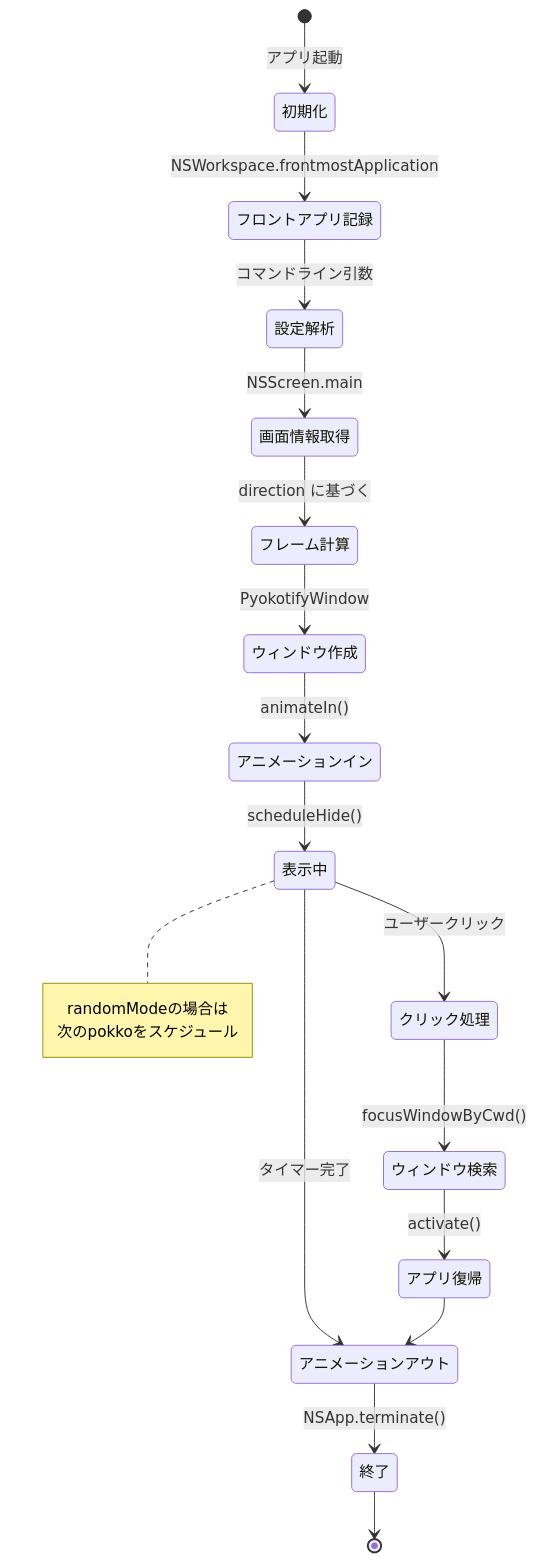
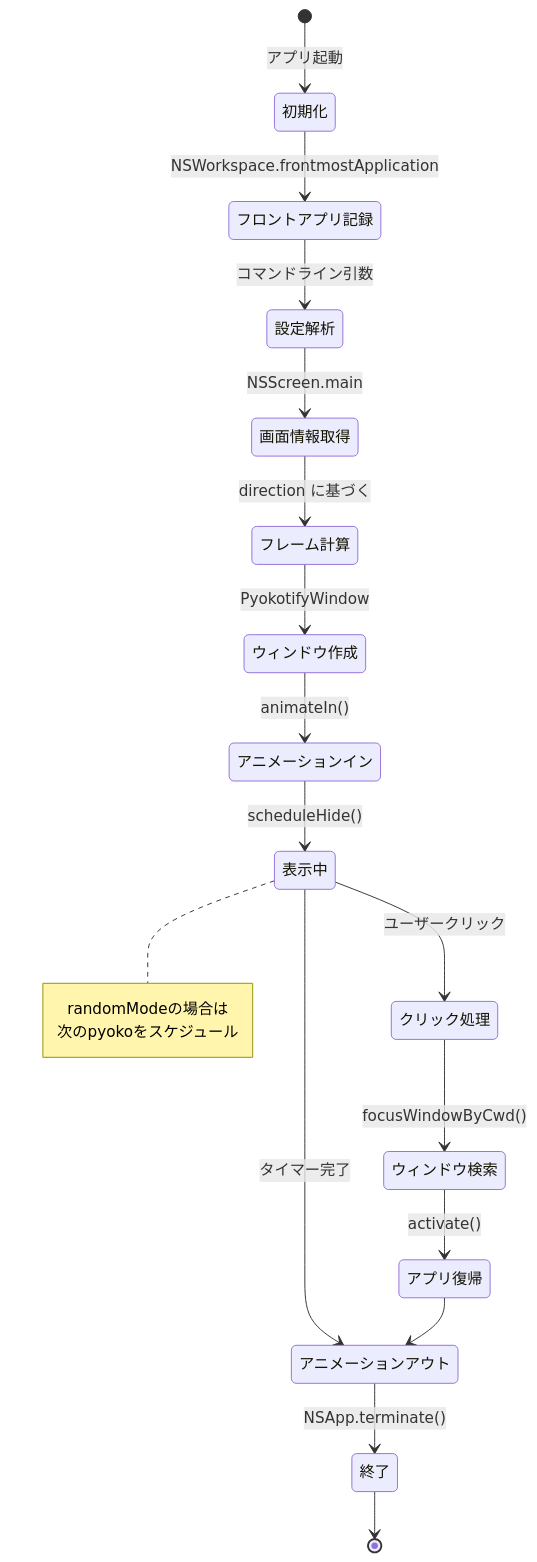
One commit to haryoiro/pyokotify changed the sixth of 9 diagrams in docs/WINDOW_TRACKING.md. Above: the diagram before and after it, drawn with Mermaid. The commit also changed 1 other file, not shown here.

Commit message:
🚚 pokko を pyoko にリネーム
メソッド名の命名を統一

````diff
--- a/docs/WINDOW_TRACKING.md
+++ b/docs/WINDOW_TRACKING.md
@@ -193,28 +193,28 @@
 ```mermaid
 stateDiagram-v2
     [*] --> 初期化: アプリ起動
 
     初期化 --> フロントアプリ記録: NSWorkspace.frontmostApplication
     フロントアプリ記録 --> 設定解析: コマンドライン引数
     設定解析 --> 画面情報取得: NSScreen.main
     画面情報取得 --> フレーム計算: direction に基づく
     フレーム計算 --> ウィンドウ作成: PyokotifyWindow
     ウィンドウ作成 --> アニメーションイン: animateIn()
 
     アニメーションイン --> 表示中: scheduleHide()
 
     表示中 --> アニメーションアウト: タイマー完了
     表示中 --> クリック処理: ユーザークリック
 
     クリック処理 --> ウィンドウ検索: focusWindowByCwd()
     ウィンドウ検索 --> アプリ復帰: activate()
     アプリ復帰 --> アニメーションアウト
 
     アニメーションアウト --> 終了: NSApp.terminate()
     終了 --> [*]
 
     note right of 表示中
         randomModeの場合は
-        次のpokkoをスケジュール
+        次のpyokoをスケジュール
     end note
 ```
````
